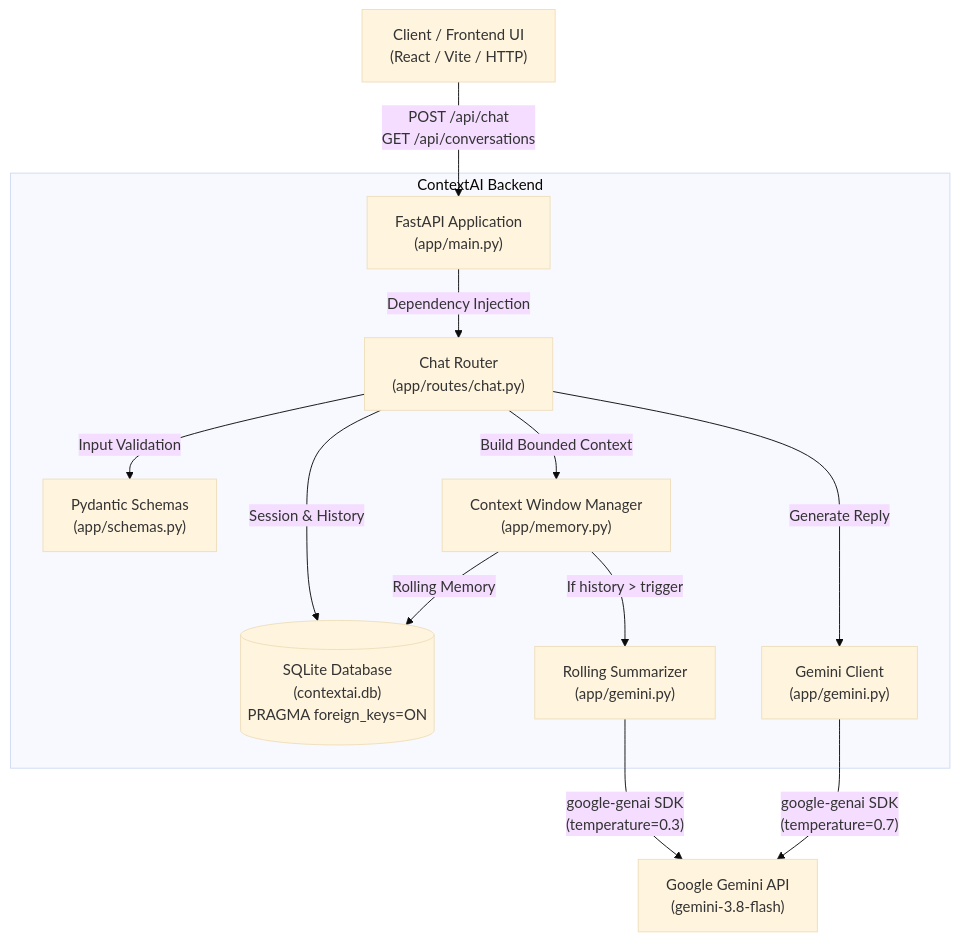
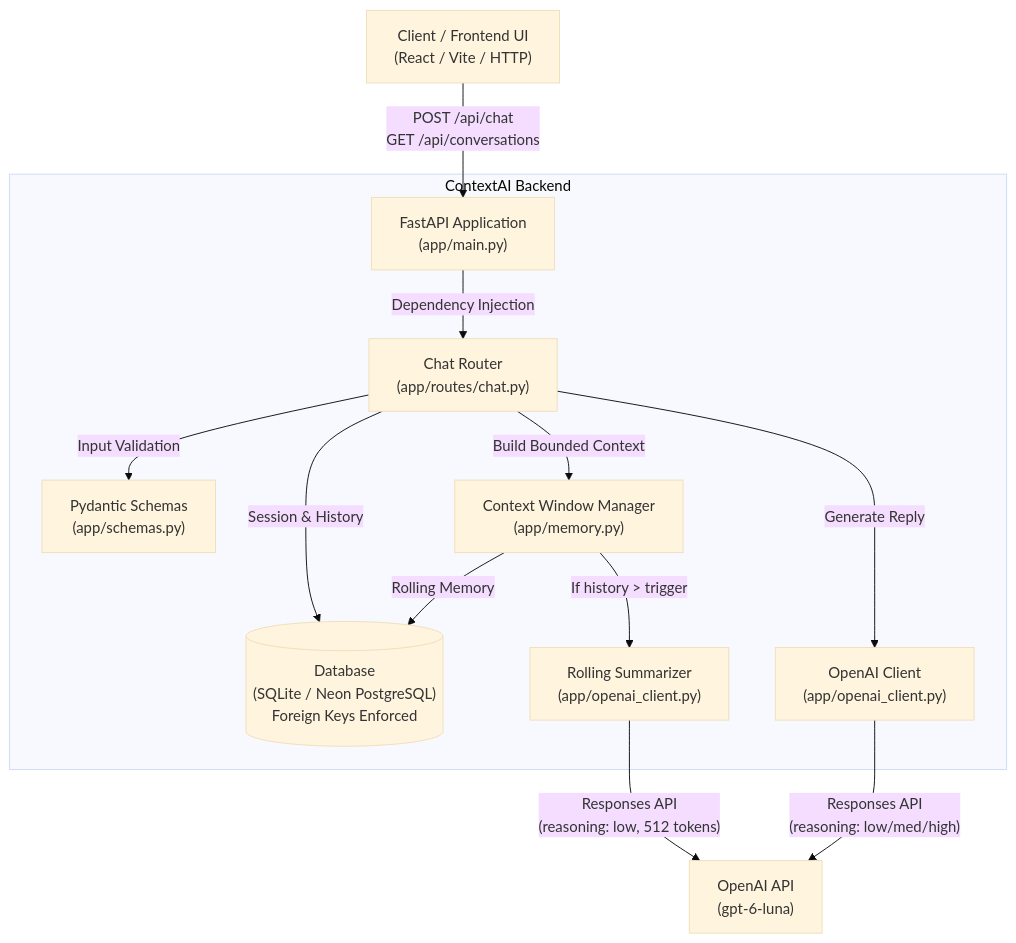
Before and after one commit to bvr4j/context-ai-chatbot: the first of 2 diagrams in README.md, drawn with Mermaid (base theme). The commit also changed other lines of this file and 18 other files, not shown here.

Commit message:
Switch ContextAI LLM provider from Gemini to OpenAI

````diff
--- a/README.md
+++ b/README.md
@@ -14,19 +14,19 @@
 ```mermaid
 flowchart TD
     Client["Client / Frontend UI\n(React / Vite / HTTP)"] -->|"POST /api/chat\nGET /api/conversations"| FastAPI["FastAPI Application\n(app/main.py)"]
     
     subgraph Backend ["ContextAI Backend"]
         FastAPI -->|"Dependency Injection"| Router["Chat Router\n(app/routes/chat.py)"]
         Router -->|"Input Validation"| Pydantic["Pydantic Schemas\n(app/schemas.py)"]
-        Router -->|"Session & History"| SQLite[("SQLite Database\n(contextai.db)\nPRAGMA foreign_keys=ON")]
+        Router -->|"Session & History"| SQLite[("Database\n(SQLite / Neon PostgreSQL)\nForeign Keys Enforced")]
         
         Router -->|"Build Bounded Context"| MemoryMgr["Context Window Manager\n(app/memory.py)"]
         MemoryMgr -->|"Rolling Memory"| SQLite
-        MemoryMgr -->|"If history > trigger"| Summarizer["Rolling Summarizer\n(app/gemini.py)"]
+        MemoryMgr -->|"If history > trigger"| Summarizer["Rolling Summarizer\n(app/openai_client.py)"]
         
-        Router -->|"Generate Reply"| GeminiClient["Gemini Client\n(app/gemini.py)"]
+        Router -->|"Generate Reply"| OpenAIClient["OpenAI Client\n(app/openai_client.py)"]
     end
 
-    Summarizer -->|"google-genai SDK\n(temperature=0.3)"| GeminiAPI["Google Gemini API\n(gemini-3.8-flash)"]
-    GeminiClient -->|"google-genai SDK\n(temperature=0.7)"| GeminiAPI
+    Summarizer -->|"Responses API\n(reasoning: low, 512 tokens)"| OpenAIAPI["OpenAI API\n(gpt-6-luna)"]
+    OpenAIClient -->|"Responses API\n(reasoning: low/med/high)"| OpenAIAPI
 ```
````
